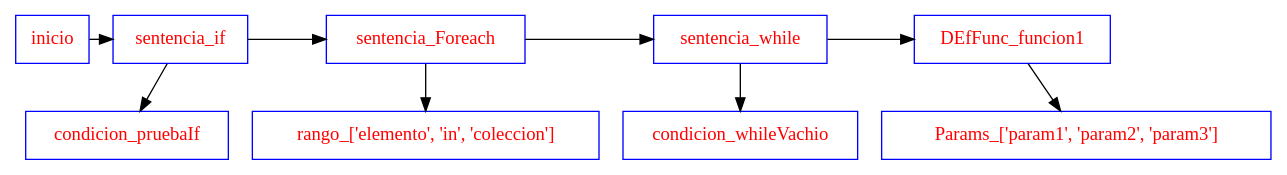
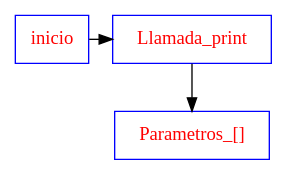
One commit to heryuman/PFLenguajes changed the diagram in ProyectoFinal/0grafohdp.gv. Above: the diagram before and after it, drawn with Graphviz. The commit also changed 10 other files, not shown here.

```diff
--- a/ProyectoFinal/0grafohdp.gv
+++ b/ProyectoFinal/0grafohdp.gv
@@ -1,38 +1,14 @@
 digraph {
 	node [color=blue fontcolor=red shape=box]
-	subgraph BloqueSeccondicion_pruebaIf {
-		0 [label=sentencia_if]
-		2 [label=condicion_pruebaIf]
-		0 -> 2
-	}
-	subgraph "BloqueSecrango_['elemento', 'in', 'coleccion']" {
-		6 [label=sentencia_Foreach]
-		12 [label="rango_['elemento', 'in', 'coleccion']"]
-		6 -> 12
-	}
-	subgraph BloqueSeccondicion_whileVachio {
-		14 [label=sentencia_while]
-		16 [label=condicion_whileVachio]
-		14 -> 16
-	}
-	subgraph "BloqueSecParams_['param1', 'param2', 'param3']" {
-		21 [label=DEfFunc_funcion1]
-		30 [label="Params_['param1', 'param2', 'param3']"]
-		21 -> 30
+	subgraph "BloqueSecParametros_[]" {
+		0 [label=Llamada_print]
+		3 [label="Parametros_[]"]
+		0 -> 3
 	}
 	subgraph BloquePrincipal {
 		graph [rank=min]
 		"" [label=inicio]
-		0 [label=sentencia_if]
+		0 [label=Llamada_print]
 		"" -> 0
-		0 [label=sentencia_if]
-		6 [label=sentencia_Foreach]
-		0 -> 6
-		6 [label=sentencia_Foreach]
-		14 [label=sentencia_while]
-		6 -> 14
-		14 [label=sentencia_while]
-		21 [label=DEfFunc_funcion1]
-		14 -> 21
 	}
 }
```
